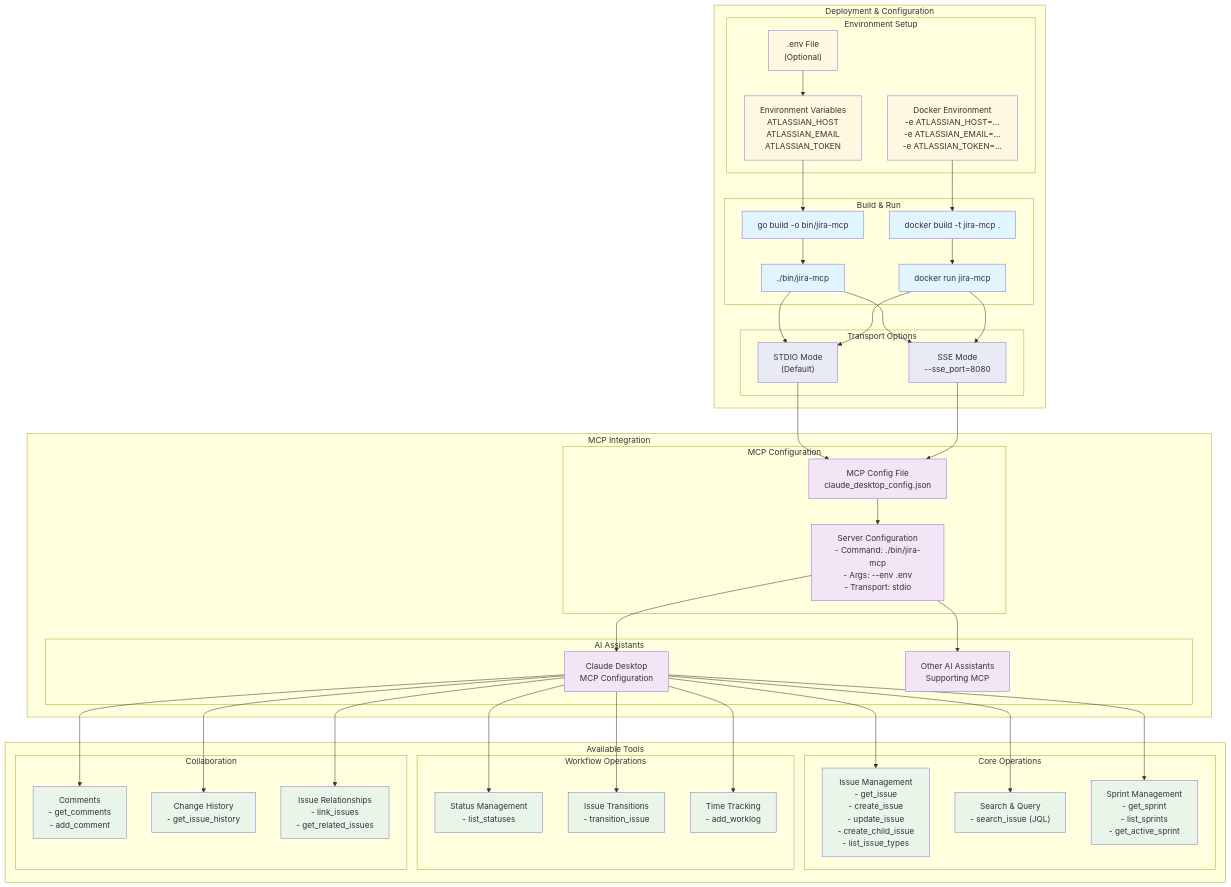
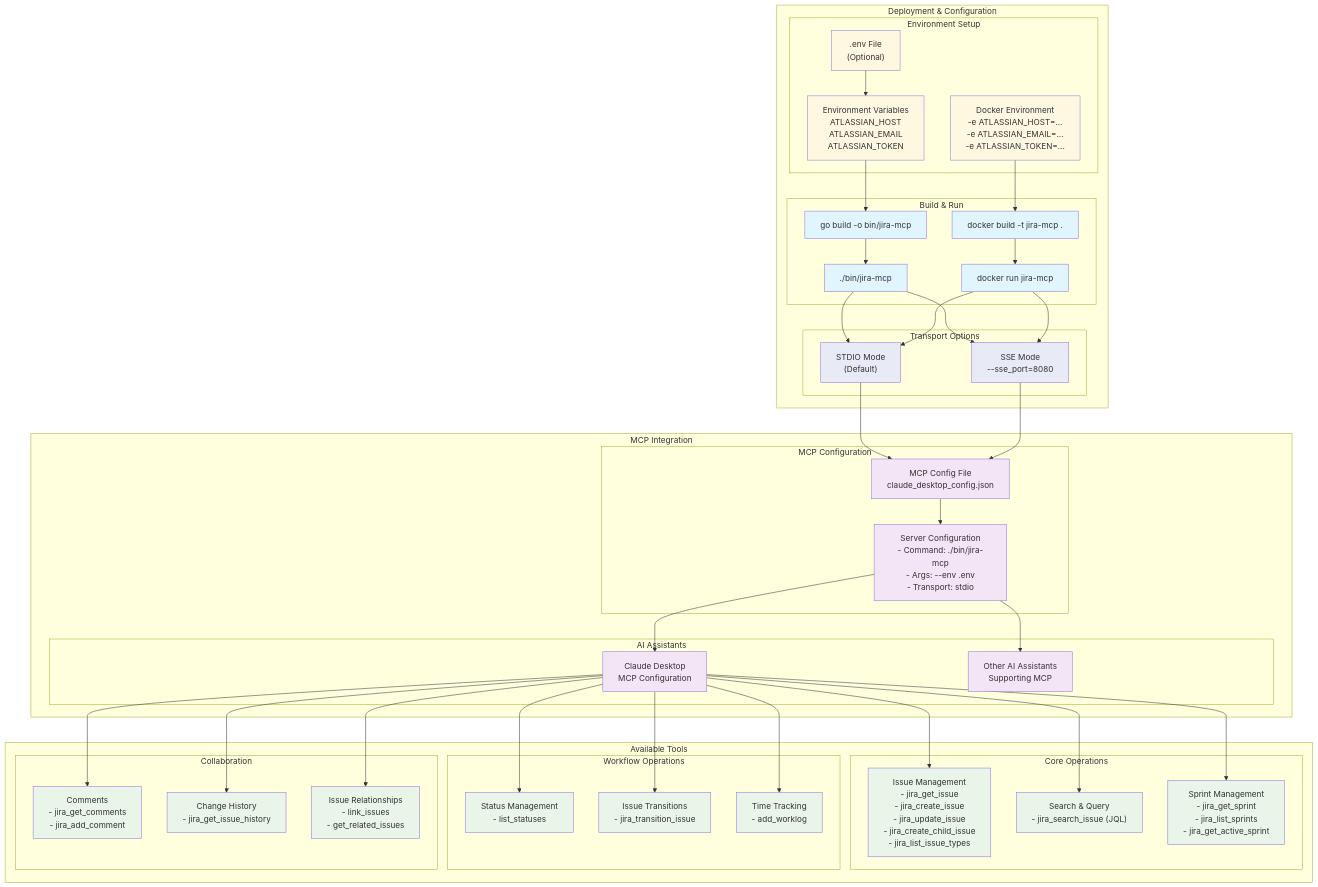
One commit to nguyenvanduocit/jira-mcp changed the diagram in docs/06-deployment-configuration.md. Above: the diagram before and after it, drawn with Mermaid. The commit also changed 17 other files, not shown here.

```diff
--- a/docs/06-deployment-configuration.md
+++ b/docs/06-deployment-configuration.md
@@ -38,25 +38,25 @@
     
     subgraph "Available Tools"
         subgraph "Core Operations"
-            ISSUE_TOOLS["Issue Management<br/>- get_issue<br/>- create_issue<br/>- update_issue<br/>- create_child_issue<br/>- list_issue_types"]
+            ISSUE_TOOLS["Issue Management<br/>- jira_get_issue<br/>- jira_create_issue<br/>- jira_update_issue<br/>- jira_create_child_issue<br/>- jira_list_issue_types"]
             
-            SEARCH_TOOLS["Search & Query<br/>- search_issue (JQL)"]
+            SEARCH_TOOLS["Search & Query<br/>- jira_search_issue (JQL)"]
             
-            SPRINT_TOOLS["Sprint Management<br/>- get_sprint<br/>- list_sprints<br/>- get_active_sprint"]
+            SPRINT_TOOLS["Sprint Management<br/>- jira_get_sprint<br/>- jira_list_sprints<br/>- jira_get_active_sprint"]
         end
         
         subgraph "Workflow Operations"
             STATUS_TOOLS["Status Management<br/>- list_statuses"]
             
-            TRANSITION_TOOLS["Issue Transitions<br/>- transition_issue"]
+            TRANSITION_TOOLS["Issue Transitions<br/>- jira_transition_issue"]
             
             WORKLOG_TOOLS["Time Tracking<br/>- add_worklog"]
         end
         
         subgraph "Collaboration"
-            COMMENT_TOOLS["Comments<br/>- get_comments<br/>- add_comment"]
+            COMMENT_TOOLS["Comments<br/>- jira_get_comments<br/>- jira_add_comment"]
             
-            HISTORY_TOOLS["Change History<br/>- get_issue_history"]
+            HISTORY_TOOLS["Change History<br/>- jira_get_issue_history"]
             
             RELATIONSHIP_TOOLS["Issue Relationships<br/>- link_issues<br/>- get_related_issues"]
         end
```
